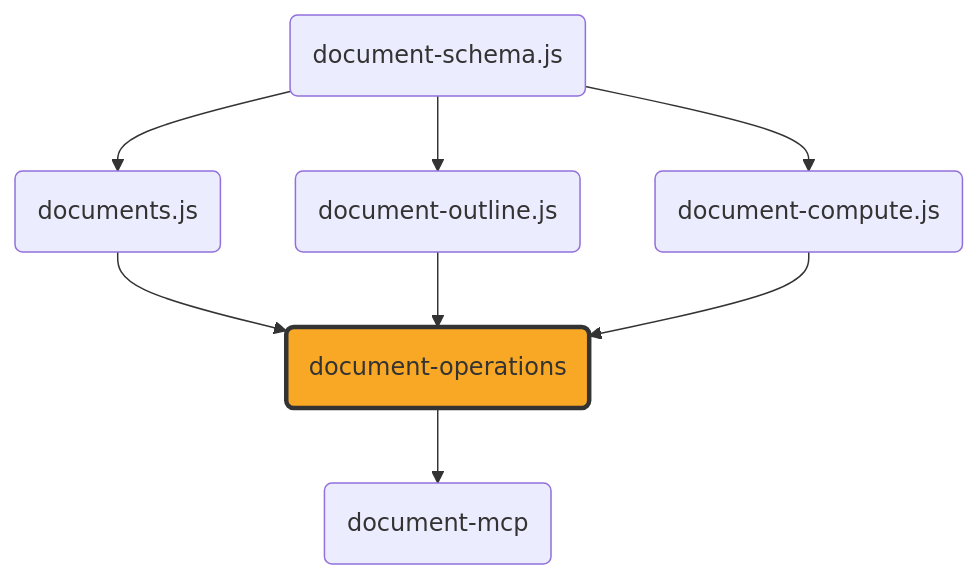
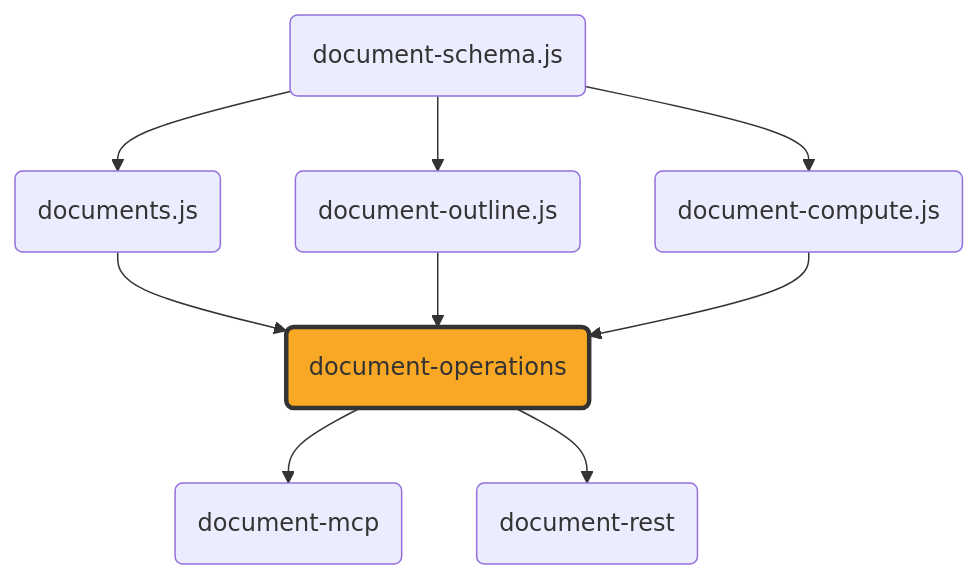
Before and after one commit to ExaDev/documents.js: the diagram in packages/document-operations/README.md, drawn with Mermaid. The commit also changed other lines of this file and 17 other files, not shown here.

First line of the commit message:
feat(document-rest): add a plain REST API server over document-operations

````diff
--- a/packages/document-operations/README.md
+++ b/packages/document-operations/README.md
@@ -9,26 +9,29 @@
 ```mermaid
 graph TD
     schema("document-schema.js")
     documents("documents.js")
     outline("document-outline.js")
     compute("document-compute.js")
     operations("document-operations")
     mcp("document-mcp")
+    rest("document-rest")
 
     schema --> documents
     schema --> outline
     schema --> compute
     documents --> operations
     outline --> operations
     compute --> operations
     operations --> mcp
+    operations --> rest
 
     click schema "https://github.com/ExaDev/documents.js/tree/main/packages/document-schema.js" "document-schema.js"
     click documents "https://github.com/ExaDev/documents.js" "documents.js"
     click outline "https://github.com/ExaDev/documents.js/tree/main/packages/document-outline.js" "document-outline.js"
     click compute "https://github.com/ExaDev/documents.js/tree/main/packages/document-compute.js" "document-compute.js"
     click operations "https://github.com/ExaDev/documents.js/tree/main/packages/document-operations" "document-operations"
     click mcp "https://github.com/ExaDev/documents.js/tree/main/packages/document-mcp" "document-mcp"
+    click rest "https://github.com/ExaDev/documents.js/tree/main/packages/document-rest" "document-rest"
 
     style operations fill:#f9a825,stroke:#333,stroke-width:3px
 ```
````
